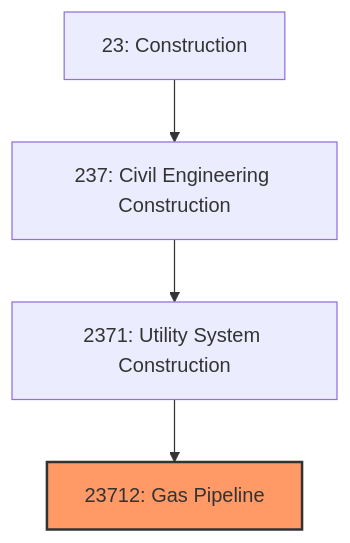
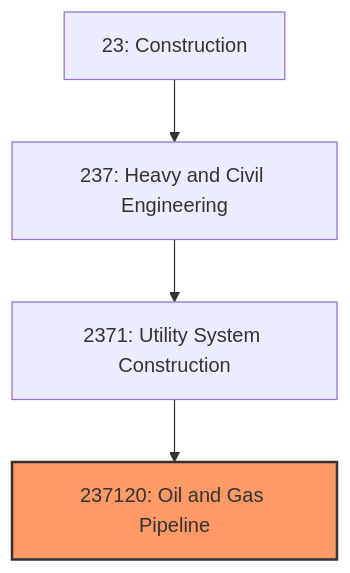
One commit to kziemski/business.org.ai changed the first of 3 diagrams in industries/Construction/CivilEngineeringConstruction/UtilitySystemConstruction/GasPipeline.mdx. Above: the diagram before and after it, drawn with Mermaid. The commit also changed other lines of this file and 67 other files, not shown here.

````diff
--- a/industries/Construction/CivilEngineeringConstruction/UtilitySystemConstruction/GasPipeline.mdx
+++ b/industries/Construction/CivilEngineeringConstruction/UtilitySystemConstruction/GasPipeline.mdx
@@ -20,8 +36,8 @@
 ```mermaid
 graph TD
     S23["23: Construction"]
-    S23 --> N237["237: Civil Engineering Construction"]
+    S23 --> N237["237: Heavy and Civil Engineering"]
     N237 --> N2371["2371: Utility System Construction"]
-    N2371 --> N23712["23712: Gas Pipeline"]
-    style N23712 fill:#f96,stroke:#333,stroke-width:2px
+    N2371 --> N237120["237120: Oil and Gas Pipeline"]
+    style N237120 fill:#f96,stroke:#333,stroke-width:2px
 ```
````
